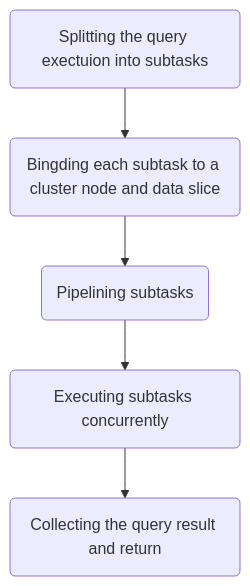
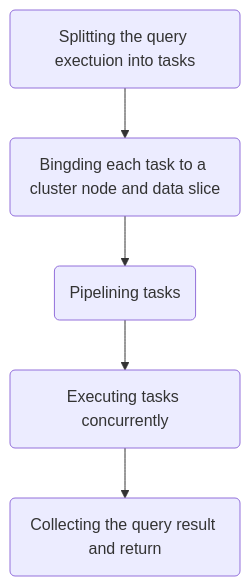
One commit to Enochack/enochack.github.io changed the first of 2 diagrams in content/posts/mpp-mapreduce.md. Above: the diagram before and after it, drawn with Mermaid. The commit also changed other lines of this file, not shown here.

````diff
--- a/content/posts/mpp-mapreduce.md
+++ b/content/posts/mpp-mapreduce.md
@@ -42,8 +24,8 @@
 ```mermaid
 flowchart TD
-a("Splitting the query exectuion into subtasks")
---> b("Bingding each subtask to a cluster node and data slice")
---> c("Pipelining subtasks")
---> d("Executing subtasks concurrently")
+a("Splitting the query exectuion into tasks")
+--> b("Bingding each task to a cluster node and data slice")
+--> c("Pipelining tasks")
+--> d("Executing tasks concurrently")
 --> e("Collecting the query result and return")
 ```
````
